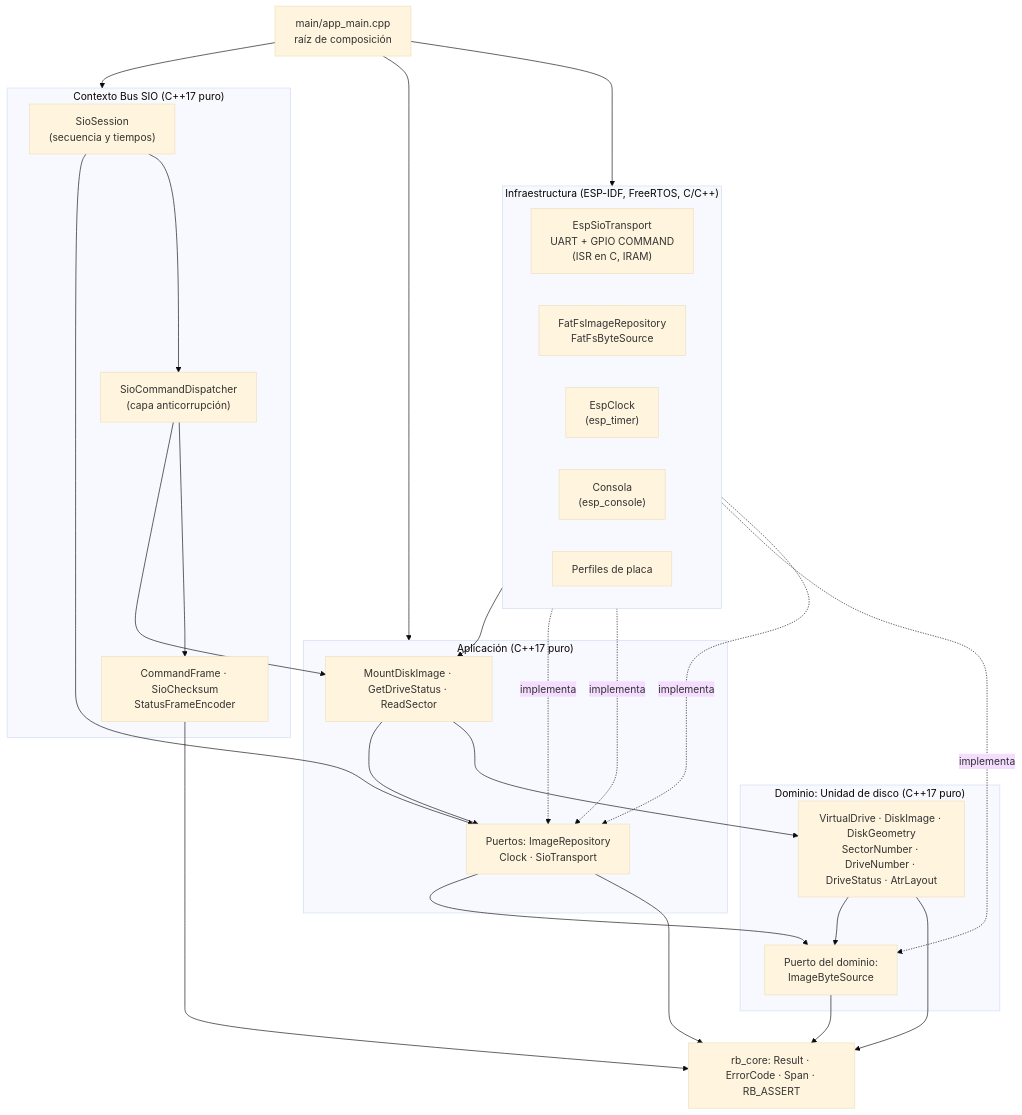
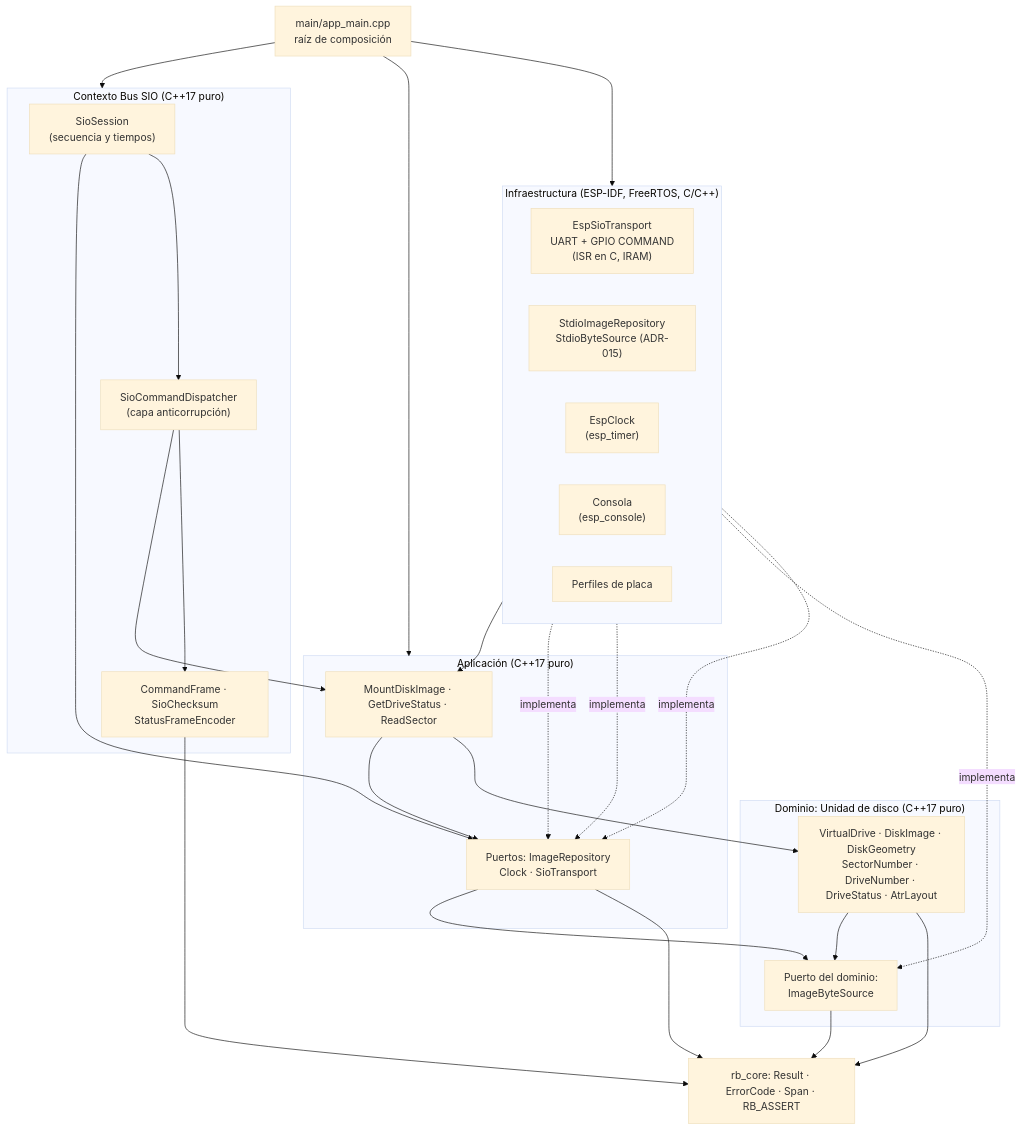
Before and after one commit to calaluis/retrobridge-chile: the first of 3 diagrams in docs/arquitectura-inicial.md, drawn with Mermaid (base theme). The commit also changed other lines of this file and 20 other files, not shown here.

````diff
--- a/docs/arquitectura-inicial.md
+++ b/docs/arquitectura-inicial.md
@@ -98,52 +101,52 @@
 ```mermaid
 flowchart TB
   subgraph INFRA["Infraestructura (ESP-IDF, FreeRTOS, C/C++)"]
     direction LR
     SIOPHY["EspSioTransport<br/>UART + GPIO COMMAND<br/>(ISR en C, IRAM)"]
-    SD["FatFsImageRepository<br/>FatFsByteSource"]
+    SD["StdioImageRepository<br/>StdioByteSource (ADR-015)"]
     CLK["EspClock<br/>(esp_timer)"]
     CON["Consola<br/>(esp_console)"]
     BOARD["Perfiles de placa"]
   end
 
   subgraph SIO["Contexto Bus SIO (C++17 puro)"]
     SESS["SioSession<br/>(secuencia y tiempos)"]
     DISP["SioCommandDispatcher<br/>(capa anticorrupción)"]
     FRAME["CommandFrame · SioChecksum<br/>StatusFrameEncoder"]
   end
 
   subgraph APP["Aplicación (C++17 puro)"]
     UC["MountDiskImage · GetDriveStatus · ReadSector"]
     PORTS["Puertos: ImageRepository<br/>Clock · SioTransport"]
   end
 
   subgraph DOM["Dominio: Unidad de disco (C++17 puro)"]
     VD["VirtualDrive · DiskImage · DiskGeometry<br/>SectorNumber · DriveNumber · DriveStatus · AtrLayout"]
     DPORT["Puerto del dominio:<br/>ImageByteSource"]
   end
 
   CORE["rb_core: Result · ErrorCode · Span · RB_ASSERT"]
 
   MAIN["main/app_main.cpp<br/>raíz de composición"]
 
   MAIN --> INFRA
   MAIN --> SIO
   MAIN --> APP
   CON --> UC
   SIOPHY -. implementa .-> PORTS
   SD -. implementa .-> PORTS
   SD -. implementa .-> DPORT
   CLK -. implementa .-> PORTS
   SESS --> PORTS
   SESS --> DISP
   DISP --> UC
   DISP --> FRAME
   UC --> PORTS
   UC --> VD
   PORTS --> DPORT
   VD --> DPORT
   VD --> CORE
   DPORT --> CORE
   PORTS --> CORE
   FRAME --> CORE
 ```
````
